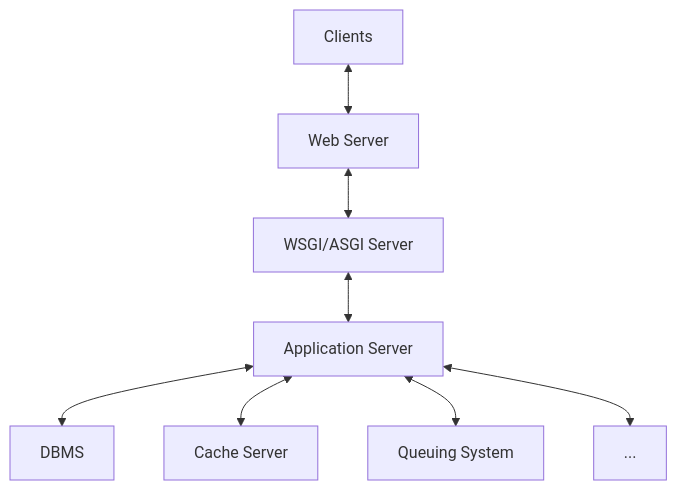
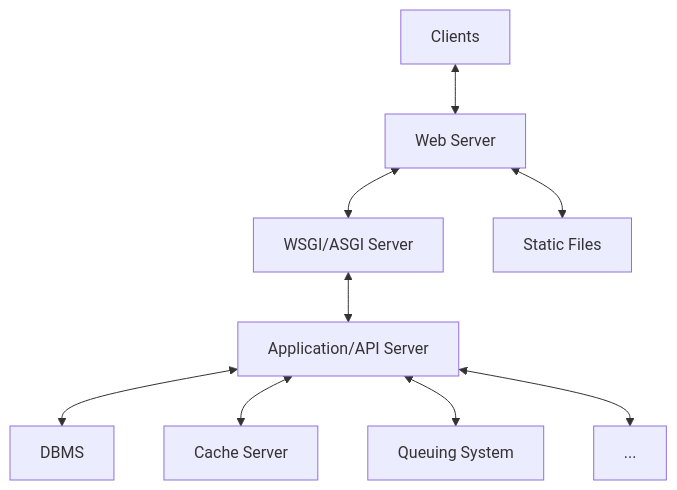
One commit to bingyangchen/KM-software changed the diagram in System Design/Backend Web Architecture.md. Above: the diagram before and after it, drawn with Mermaid. The commit also changed other lines of this file and 56 other files, not shown here.

````diff
--- a/System Design/Backend Web Architecture.md
+++ b/System Design/Backend Web Architecture.md
@@ -3,18 +3,20 @@
 ```mermaid
 flowchart
     id1[Clients]
     id2[Web Server]
     id3[WSGI/ASGI Server]
-    id4[Application Server]
+    id4[Application/API Server]
     id5[DBMS]
     id6[Cache Server]
     id7[Queuing System]
     id8[...]
+    id9[Static Files]
     id1 <--> id2
     id2 <--> id3
+    id2 <--> id9
     id3 <--> id4
     id4 <--> id5
     id4 <--> id6
     id4 <--> id7
     id4 <--> id8
 ```
````
